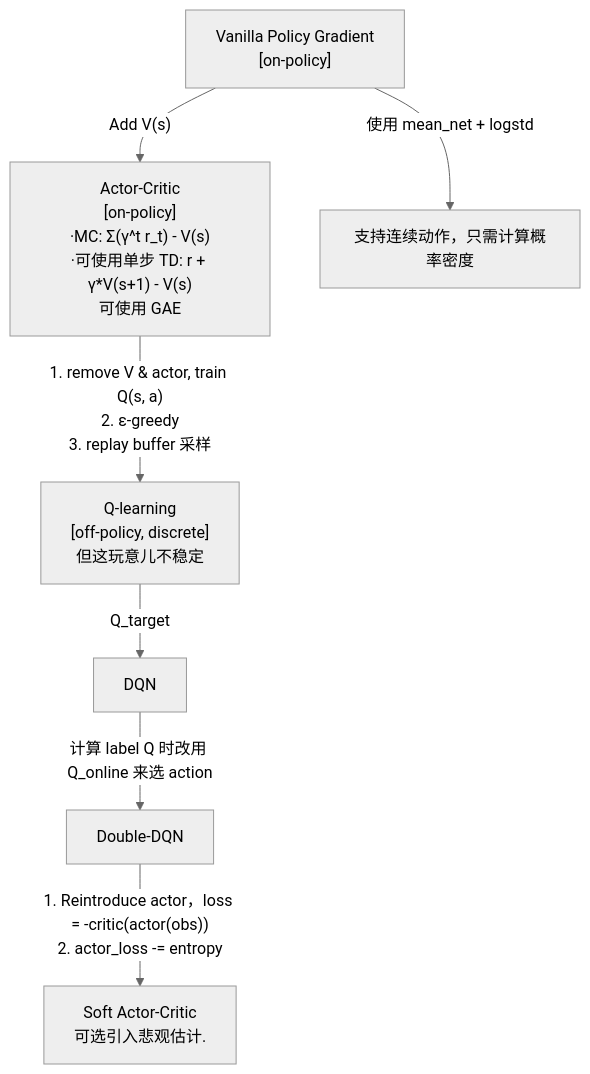
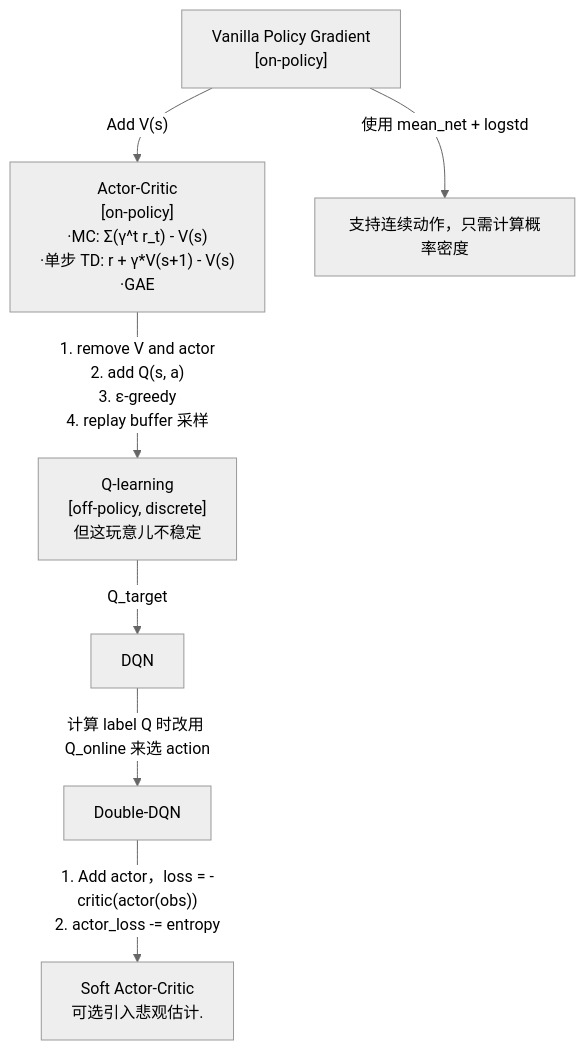
The diagram in 技术学习/285/285-0.md (julyfun/how-to), drawn with Mermaid (neutral theme) before and after one commit. The commit also changed other lines of this file, not shown here.

````diff
--- a/技术学习/285/285-0.md
+++ b/技术学习/285/285-0.md
@@ -11,10 +11,10 @@
 ```mermaid
 flowchart TD
     PG["Vanilla Policy Gradient<br>[on-policy]"] -->|"Add V(s)"| AC
-    AC["Actor-Critic<br>[on-policy]<br>·MC: Σ(γ^t r_t) - V(s)<br>·可使用单步 TD: r + γ*V(s+1) - V(s)<br>可使用 GAE"]
+    AC["Actor-Critic<br>[on-policy]<br>·MC: Σ(γ^t r_t) - V(s)<br>·单步 TD: r + γ*V(s+1) - V(s)<br>·GAE"]
     PG -->|使用 mean_net + logstd| cont[支持连续动作，只需计算概率密度]
-    AC -->|"1. remove V & actor, train Q(s, a)<br>2. ε-greedy<br>3. replay buffer 采样"| Q-learning["Q-learning<br>[off-policy, discrete]<br>但这玩意儿不稳定"]
+    AC -->|"1. remove V and actor<br>2. add Q(s, a)<br>3. ε-greedy<br>4. replay buffer 采样"| Q-learning["Q-learning<br>[off-policy, discrete]<br>但这玩意儿不稳定"]
     Q-learning -->|"Q_target"| DQN
     DQN -->|"计算 label Q 时改用 Q_online 来选 action"| Double-DQN
-    Double-DQN -->|"1. Reintroduce actor，loss = -critic(actor(obs))<br>2. actor_loss -= entropy"| SAC["Soft Actor-Critic<br>可选引入悲观估计."]
+    Double-DQN -->|"1. Add actor，loss = -critic(actor(obs))<br>2. actor_loss -= entropy"| SAC["Soft Actor-Critic<br>可选引入悲观估计."]
 ```
````
